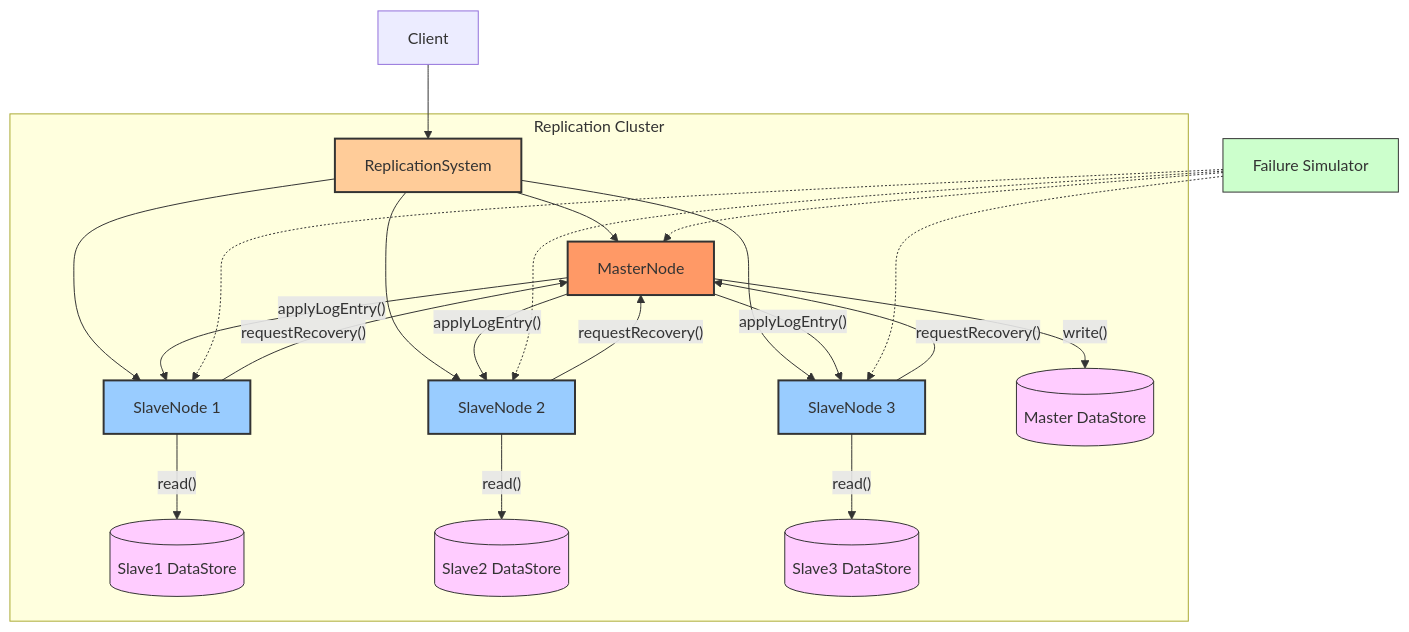
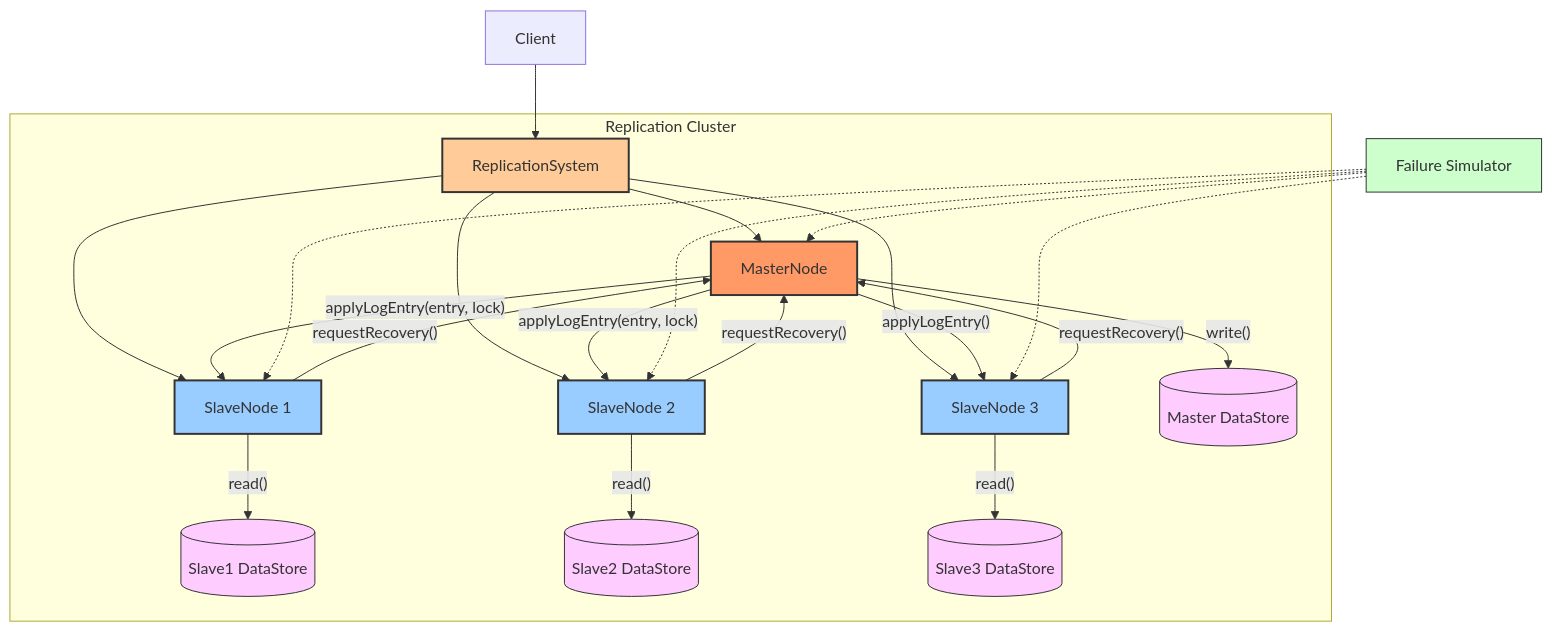
One commit to billycychan/master-slave-replication-java changed the sixth of 6 diagrams in diagrams.md. Above: the diagram before and after it, drawn with Mermaid. The commit also changed other lines of this file and 8 other files, not shown here.

Commit message:
feat: recreated the diagrams

````diff
--- a/diagrams.md
+++ b/diagrams.md
@@ -189,41 +200,41 @@
 ```mermaid
 flowchart TD
     Client[Client] --> RS[ReplicationSystem]
     
     subgraph Replication Cluster
         RS --> M[MasterNode]
         RS --> S1[SlaveNode 1]
         RS --> S2[SlaveNode 2] 
         RS --> S3[SlaveNode 3]
         
         M -- "write()" --> M_DS[(Master DataStore)]
-        M -- "applyLogEntry()" --> S1
-        M -- "applyLogEntry()" --> S2
+        M -- "applyLogEntry(entry, lock)" --> S1
+        M -- "applyLogEntry(entry, lock)" --> S2
         M -- "applyLogEntry()" --> S3
         
         S1 -- "read()" --> S1_DS[(Slave1 DataStore)]
         S2 -- "read()" --> S2_DS[(Slave2 DataStore)]
         S3 -- "read()" --> S3_DS[(Slave3 DataStore)]
         
         S1 -- "requestRecovery()" --> M
         S2 -- "requestRecovery()" --> M
         S3 -- "requestRecovery()" --> M
     end
     
     FS[Failure Simulator] -.-> M
     FS -.-> S1
     FS -.-> S2
     FS -.-> S3
     
     classDef master fill:#f96,stroke:#333,stroke-width:2px;
     classDef slave fill:#9cf,stroke:#333,stroke-width:2px;
     classDef system fill:#fc9,stroke:#333,stroke-width:2px;
     classDef datastore fill:#fcf,stroke:#333,stroke-width:1px;
     classDef simulator fill:#cfc,stroke:#333,stroke-width:1px;
     
     class M master;
     class S1,S2,S3 slave;
     class RS system;
     class M_DS,S1_DS,S2_DS,S3_DS datastore;
     class FS simulator;
 ```
````
